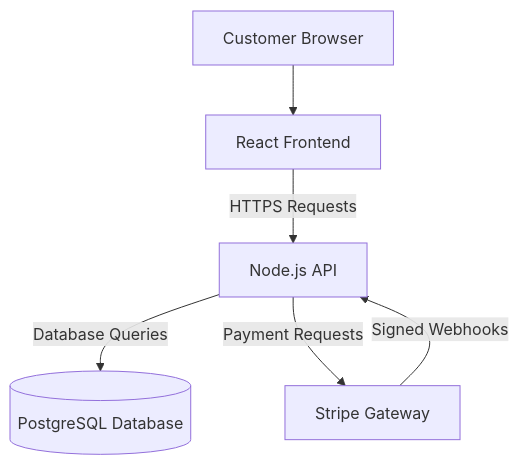
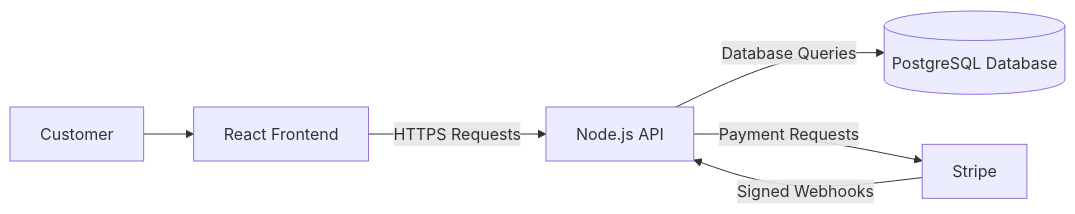
One commit to busitech-ir-lux/dlh-cyber_security changed the first of 4 diagrams in threat-modeling-fundamentals/0-e-commerce-platform.md. Above: the diagram before and after it, drawn with Mermaid. The commit also changed other lines of this file, not shown here.

````diff
--- a/threat-modeling-fundamentals/0-e-commerce-platform.md
+++ b/threat-modeling-fundamentals/0-e-commerce-platform.md
@@ -19,14 +30,14 @@
 ```mermaid
-flowchart TD
-    U[Customer Browser]
+flowchart LR
+    U[Customer]
     F[React Frontend]
     A[Node.js API]
     D[(PostgreSQL Database)]
-    S[Stripe Gateway]
+    S[Stripe]
 
     U --> F
     F -->|HTTPS Requests| A
     A -->|Database Queries| D
     A -->|Payment Requests| S
     S -->|Signed Webhooks| A
 ```
````
